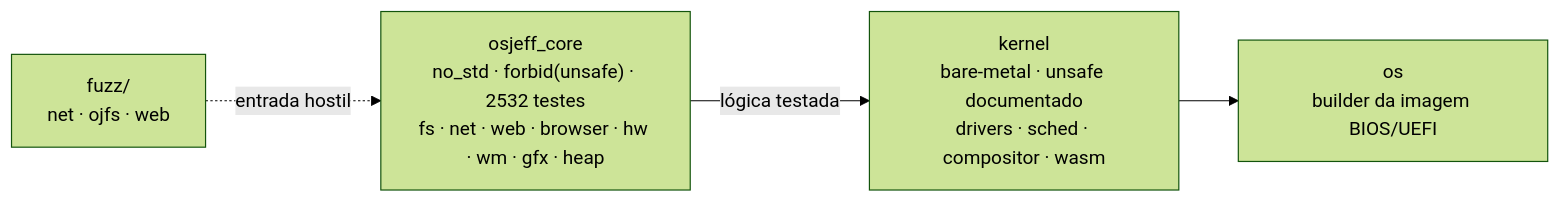
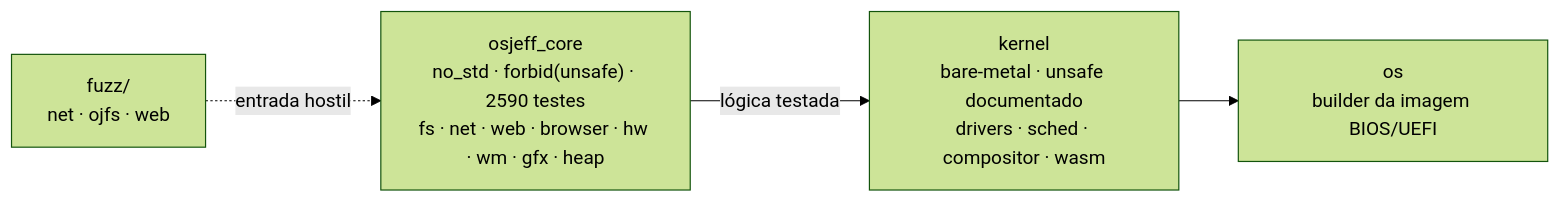
Before and after one commit to Jeffinp/OSjeff: the diagram in README.md, drawn with Mermaid (forest theme). The commit also changed other lines of this file and 23 other files, not shown here.

````diff
--- a/README.md
+++ b/README.md
@@ -98,9 +98,9 @@
 ```mermaid
 flowchart LR
-    CORE["osjeff_core<br/>no_std · forbid(unsafe) · 2532 testes<br/>fs · net · web · browser · hw · wm · gfx · heap"]
+    CORE["osjeff_core<br/>no_std · forbid(unsafe) · 2590 testes<br/>fs · net · web · browser · hw · wm · gfx · heap"]
     KERNEL["kernel<br/>bare-metal · unsafe documentado<br/>drivers · sched · compositor · wasm"]
     OS["os<br/>builder da imagem BIOS/UEFI"]
     FUZZ["fuzz/<br/>net · ojfs · web"]
     CORE -->|lógica testada| KERNEL --> OS
     FUZZ -.->|entrada hostil| CORE
 ```
````
